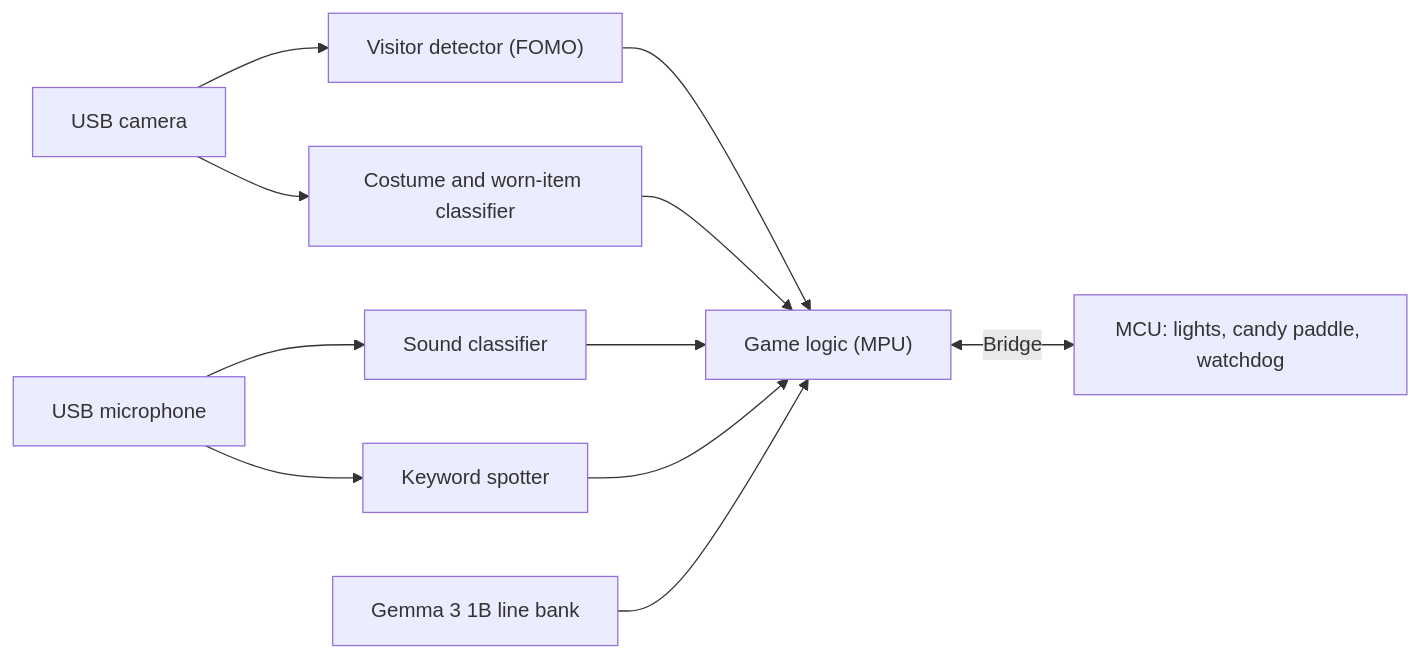
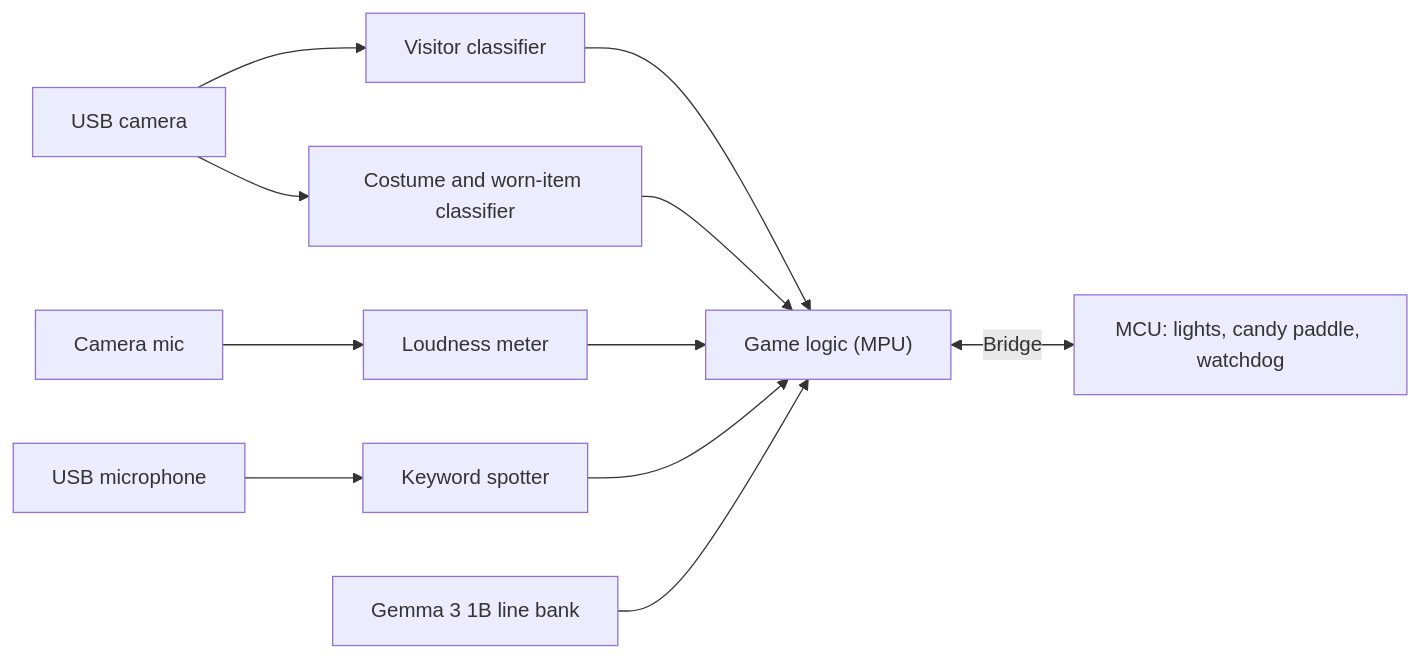
Before and after one commit to Abhinavkrishna3211/Feed-the-Gargoyle: the diagram in README.md, drawn with Mermaid. The commit also changed other lines of this file and 11 other files, not shown here.

````diff
--- a/README.md
+++ b/README.md
@@ -23,13 +23,13 @@
 ```mermaid
 flowchart LR
-    CAM["USB camera"] --> FOMO["Visitor detector (FOMO)"]
+    CAM["USB camera"] --> VIS["Visitor classifier"]
     CAM --> COS["Costume and worn-item classifier"]
-    MIC["USB microphone"] --> SND["Sound classifier"]
-    MIC --> KWS["Keyword spotter"]
-    FOMO --> GAME["Game logic (MPU)"]
+    CMIC["Camera mic"] --> SND["Loudness meter"]
+    MIC["USB microphone"] --> KWS["Keyword spotter"]
+    VIS --> GAME["Game logic (MPU)"]
     COS --> GAME
     SND --> GAME
     KWS --> GAME
     LLM["Gemma 3 1B line bank"] --> GAME
     GAME <-->|"Bridge"| MCU["MCU: lights, candy paddle, watchdog"]
 ```
````
